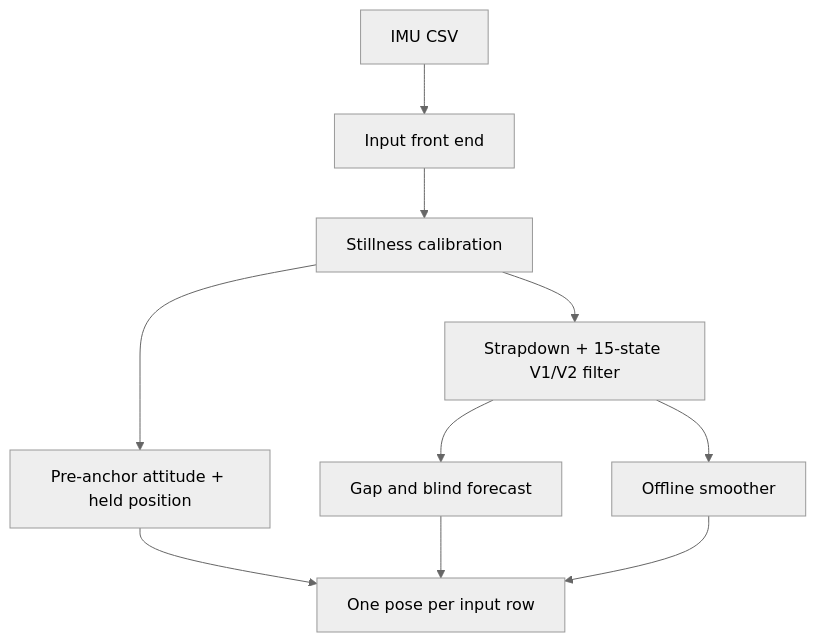
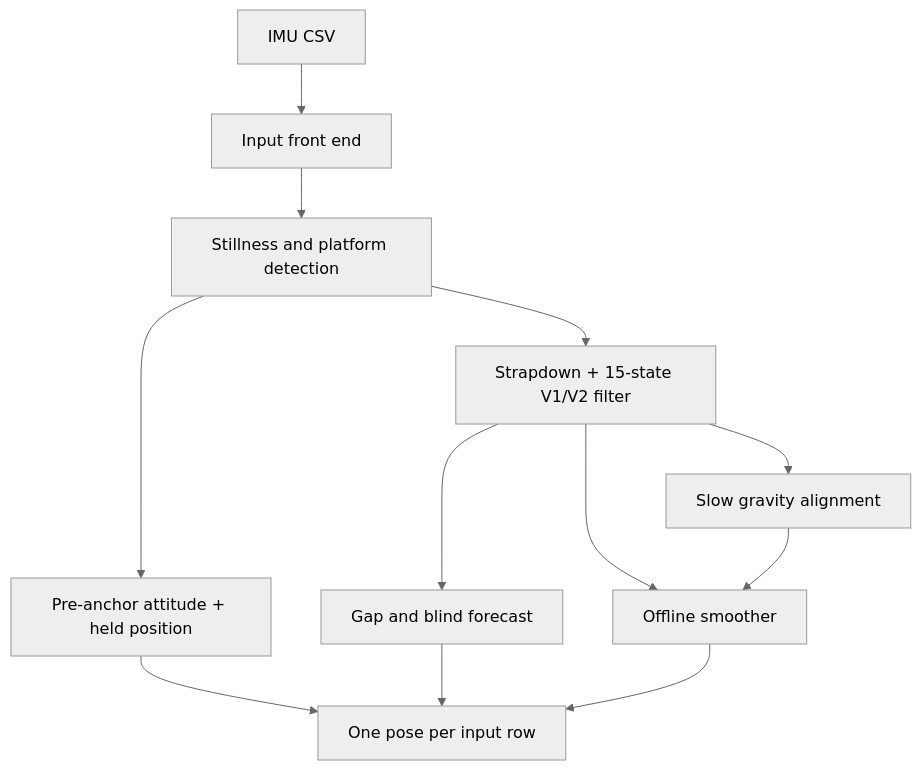
One commit to ArnavJain2005/Vortex changed the diagram in README.md. Above: the diagram before and after it, drawn with Mermaid (neutral theme). The commit also changed other lines of this file and 1 other file, not shown here.

````diff
--- a/README.md
+++ b/README.md
@@ -38,12 +38,14 @@
 ```mermaid
 flowchart TD
     A["IMU CSV"] --> B["Input front end"]
-    B --> C["Stillness calibration"]
+    B --> C["Stillness and platform detection"]
     C --> D["Pre-anchor attitude + held position"]
     C --> E["Strapdown + 15-state V1/V2 filter"]
     E --> F["Gap and blind forecast"]
+    E --> I["Slow gravity alignment"]
     E --> H["Offline smoother"]
     D --> G["One pose per input row"]
     F --> G
     H --> G
+    I --> H
 ```
````
